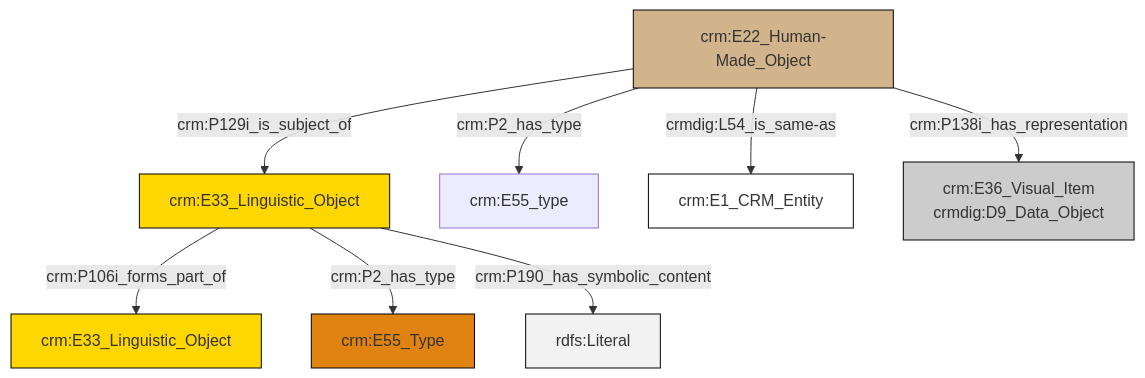
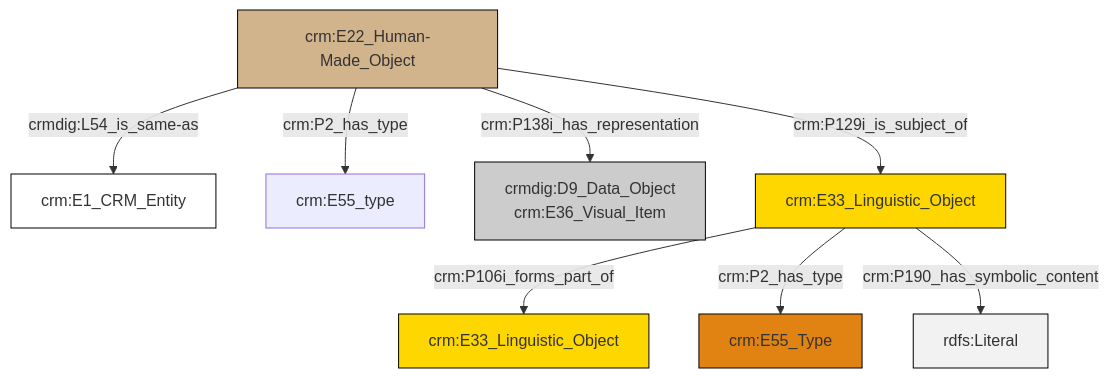
One commit to swiss-art-research-net/docs.swissartresearch changed the diagram in et/artworkCSV/ttl/mmd/Artwork_Documentation.ttl.mmd. Above: the diagram before and after it, drawn with Mermaid. The commit also changed 177 other files, not shown here.

```diff
--- a/et/artworkCSV/ttl/mmd/Artwork_Documentation.ttl.mmd
+++ b/et/artworkCSV/ttl/mmd/Artwork_Documentation.ttl.mmd
@@ -1,22 +1,22 @@
 graph TD
 classDef Literal fill:#f2f2f2,stroke:#000000;
 classDef CRM_Entity fill:#FFFFFF,stroke:#000000;
 classDef Temporal_Entity fill:#00C9E6, stroke:#000000;
 classDef Type fill:#E18312, stroke:#000000;
 classDef Time-Span fill:#2C9C91, stroke:#000000;
 classDef Appellation fill:#FFEB7F, stroke:#000000;
 classDef Place fill:#008836, stroke:#000000;
 classDef Persistent_Item fill:#B266B2, stroke:#000000;
 classDef Conceptual_Object fill:#FFD700, stroke:#000000;
 classDef Physical_Thing fill:#D2B48C, stroke:#000000;
 classDef Actor fill:#f58aad, stroke:#000000;
 classDef PC_Classes fill:#4ce600, stroke:#000000;
 classDef Multi fill:#cccccc,stroke:#000000;
 
-4["crm:E22_Human-Made_Object"]:::Physical_Thing -->|crm:P2_has_type| 5["crm:E55_type"]:::Default
-2["crm:E33_Linguistic_Object"]:::Conceptual_Object -->|crm:P106i_forms_part_of| 6["crm:E33_Linguistic_Object"]:::Conceptual_Object
-2["crm:E33_Linguistic_Object"]:::Conceptual_Object -->|crm:P2_has_type| 0["crm:E55_Type"]:::Type
-2["crm:E33_Linguistic_Object"]:::Conceptual_Object -->|crm:P190_has_symbolic_content| 8[rdfs:Literal]:::Literal
-4["crm:E22_Human-Made_Object"]:::Physical_Thing -->|crmdig:L54_is_same-as| 9["crm:E1_CRM_Entity"]:::CRM_Entity
-4["crm:E22_Human-Made_Object"]:::Physical_Thing -->|crm:P129i_is_subject_of| 2["crm:E33_Linguistic_Object"]:::Conceptual_Object
-4["crm:E22_Human-Made_Object"]:::Physical_Thing -->|crm:P138i_has_representation| 14["crm:E36_Visual_Item<br>crmdig:D9_Data_Object"]:::Multi
+6["crm:E22_Human-Made_Object"]:::Physical_Thing -->|crmdig:L54_is_same-as| 0["crm:E1_CRM_Entity"]:::CRM_Entity
+6["crm:E22_Human-Made_Object"]:::Physical_Thing -->|crm:P129i_is_subject_of| 9["crm:E33_Linguistic_Object"]:::Conceptual_Object
+9["crm:E33_Linguistic_Object"]:::Conceptual_Object -->|crm:P106i_forms_part_of| 7["crm:E33_Linguistic_Object"]:::Conceptual_Object
+9["crm:E33_Linguistic_Object"]:::Conceptual_Object -->|crm:P2_has_type| 10["crm:E55_Type"]:::Type
+6["crm:E22_Human-Made_Object"]:::Physical_Thing -->|crm:P2_has_type| 2["crm:E55_type"]:::Default
+6["crm:E22_Human-Made_Object"]:::Physical_Thing -->|crm:P138i_has_representation| 4["crmdig:D9_Data_Object<br>crm:E36_Visual_Item"]:::Multi
+9["crm:E33_Linguistic_Object"]:::Conceptual_Object -->|crm:P190_has_symbolic_content| 14[rdfs:Literal]:::Literal
```
